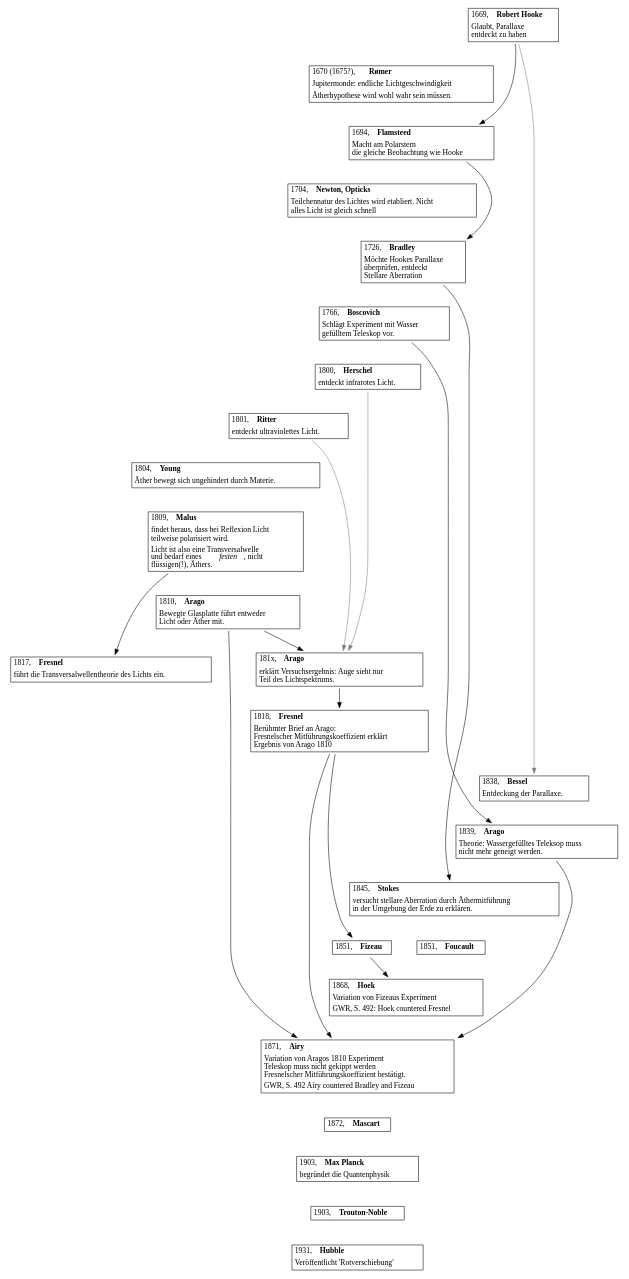
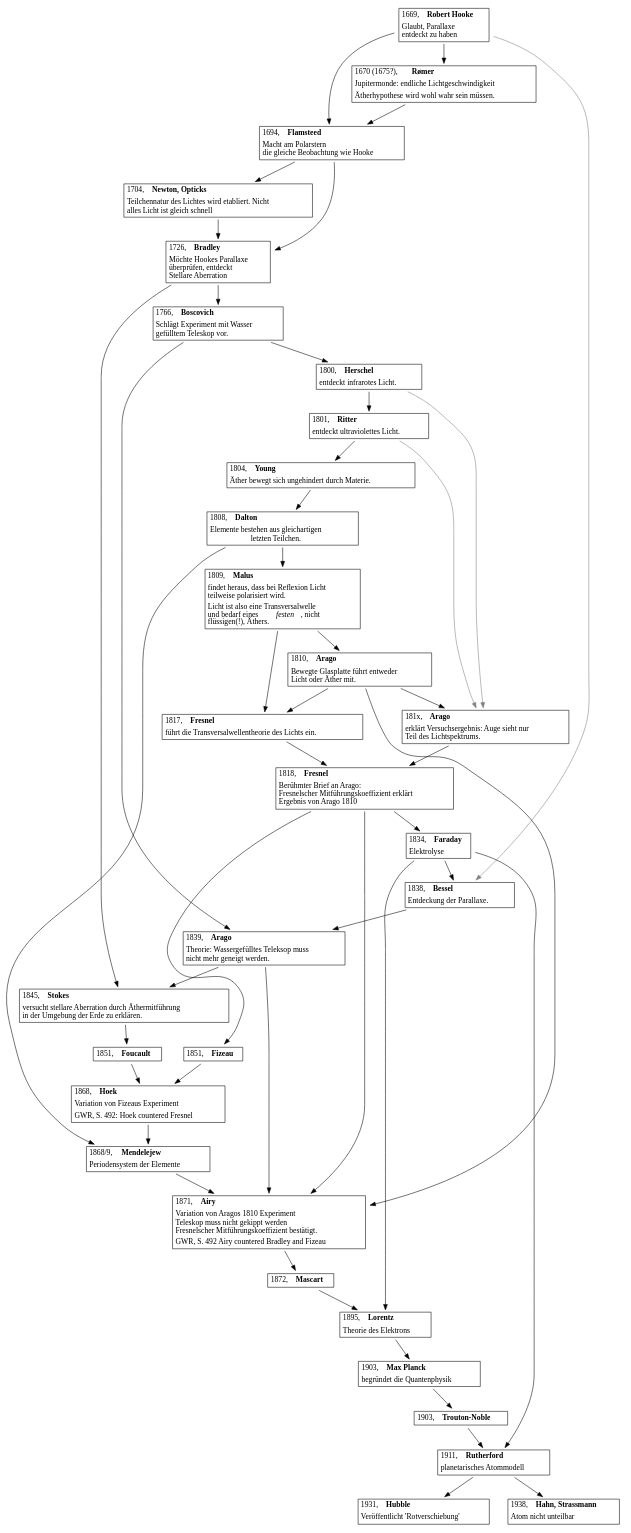
The diagram in Ablauf.dot (ReneNyffenegger/Geschichte-der-Wissenschaft), drawn with Graphviz before and after one commit.

Commit message:
Rutherford etc

```diff
--- a/Ablauf.dot
+++ b/Ablauf.dot
@@ -85,6 +85,15 @@
      >
    ];
 
+   j_1808_Dalton [ /*  2016-Mettenheim...pdf */
+     label = <
+       <table border="1" cellborder="0">
+       <tr><td align="left">1808, <b>Dalton</b></td></tr> 
+       <tr><td align="left">Elemente bestehen aus gleichartigen<br align="left"/>letzten Teilchen.</td></tr> 
+       </table>
+     >
+   ];
+
    j_1809_Malus [
      label = <
        <table border="1" cellborder="0">
@@ -134,6 +143,15 @@
      >
    ];
    j_181x_Arago -> j_1818_Fresnel;
+
+   j_1834_Faraday [ /*  2016-Mettenheim...pdf */
+     label = <
+       <table border="1" cellborder="0">
+       <tr><td align="left">1834, <b>Faraday</b></td></tr> 
+       <tr><td align="left">Elektrolyse</td></tr> 
+       </table>
+     >
+   ];
 
    j_1838_Bessel [
      label = <
@@ -191,6 +209,17 @@
      >
    ];
 
+   j_1868_Mendelejew [ /*  2016-Mettenheim...pdf */
+     label = <
+       <table border="1" cellborder="0">
+       <tr><td align="left">1868/9, <b>Mendelejew</b></td></tr> 
+       <tr><td align="left">Periodensystem der Elemente</td></tr> 
+       </table>
+     >
+   ];
+
+   j_1808_Dalton -> j_1868_Mendelejew;
+
    j_1871_Airy [
      label = <
        <table border="1" cellborder="0">
@@ -209,6 +238,17 @@
      >
    ];
 
+   j_1895_Lorentz [ /*  2016-Mettenheim...pdf */
+     label = <
+       <table border="1" cellborder="0">
+       <tr><td align="left">1895, <b>Lorentz</b></td></tr> 
+       <tr><td align="left">Theorie des Elektrons</td></tr> 
+       </table>
+     >
+   ];
+
+   j_1834_Faraday -> j_1895_Lorentz;
+
    j_1900_Planck [
      label = <
        <table border="1" cellborder="0">
@@ -226,6 +266,16 @@
      >
    ];
 
+   j_1911_Rutherford [ /*  2016-Mettenheim...pdf */
+     label = <
+       <table border="1" cellborder="0">
+       <tr><td align="left">1911, <b>Rutherford</b></td></tr> 
+       <tr><td align="left">planetarisches Atommodell</td></tr> 
+       </table>
+     >
+   ];
+   j_1834_Faraday -> j_1911_Rutherford;
+
    j_1931_Hubble [
      label = <
        <table border="1" cellborder="0">
@@ -234,6 +284,17 @@
        </table>
      >
    ];
+
+   j_1938_Hahn_Strassmann [ /*  2016-Mettenheim...pdf */
+     label = <
+       <table border="1" cellborder="0">
+       <tr><td align="left">1938, <b>Hahn, Strassmann</b></td></tr> 
+       <tr><td align="left">Atom nicht unteilbar</td></tr> 
+       </table>
+     >
+   ];
+
+   j_1911_Rutherford -> j_1938_Hahn_Strassmann;
 
    j_1669_Hooke -> j_1694_Flamsteed-> j_1726_Bradley;
 
@@ -252,9 +313,10 @@
    j_1818_Fresnel -> j_1871_Airy;
 
 
-   j_1669_Hooke -> j_1670_Roemer -> j_1694_Flamsteed -> j_1704_Newton -> j_1726_Bradley -> j_1766_Boscovitch -> j_1800_Herschel -> j_1801_Ritter -> j_1804_Young -> j_1809_Malus ->
-   j_1810_Arago-> j_1817_Fresnel -> j_1818_Fresnel -> j_1838_Bessel -> j_1839_Arago -> j_1845_Stokes -> j_1851_Foucault -> j_1868_Hoek -> j_1871_Airy ->
-   j_1872_Mascart -> j_1900_Planck -> j_1903_Trouton_Noble -> j_1931_Hubble [style=invisible arrowhead=none];
+   j_1669_Hooke -> j_1670_Roemer -> j_1694_Flamsteed -> j_1704_Newton -> j_1726_Bradley -> j_1766_Boscovitch -> j_1800_Herschel -> j_1801_Ritter -> j_1804_Young -> 
+   j_1808_Dalton -> j_1809_Malus ->
+   j_1810_Arago-> j_1817_Fresnel -> j_1818_Fresnel -> j_1834_Faraday -> j_1838_Bessel -> j_1839_Arago -> j_1845_Stokes -> j_1851_Foucault -> j_1868_Hoek -> j_1868_Mendelejew ->
+   j_1871_Airy -> j_1872_Mascart -> j_1895_Lorentz -> j_1900_Planck -> j_1903_Trouton_Noble -> j_1911_Rutherford -> j_1931_Hubble j_1938_Hahn_Strassmann [style=invisible arrowhead=none];
 
 
 
```
